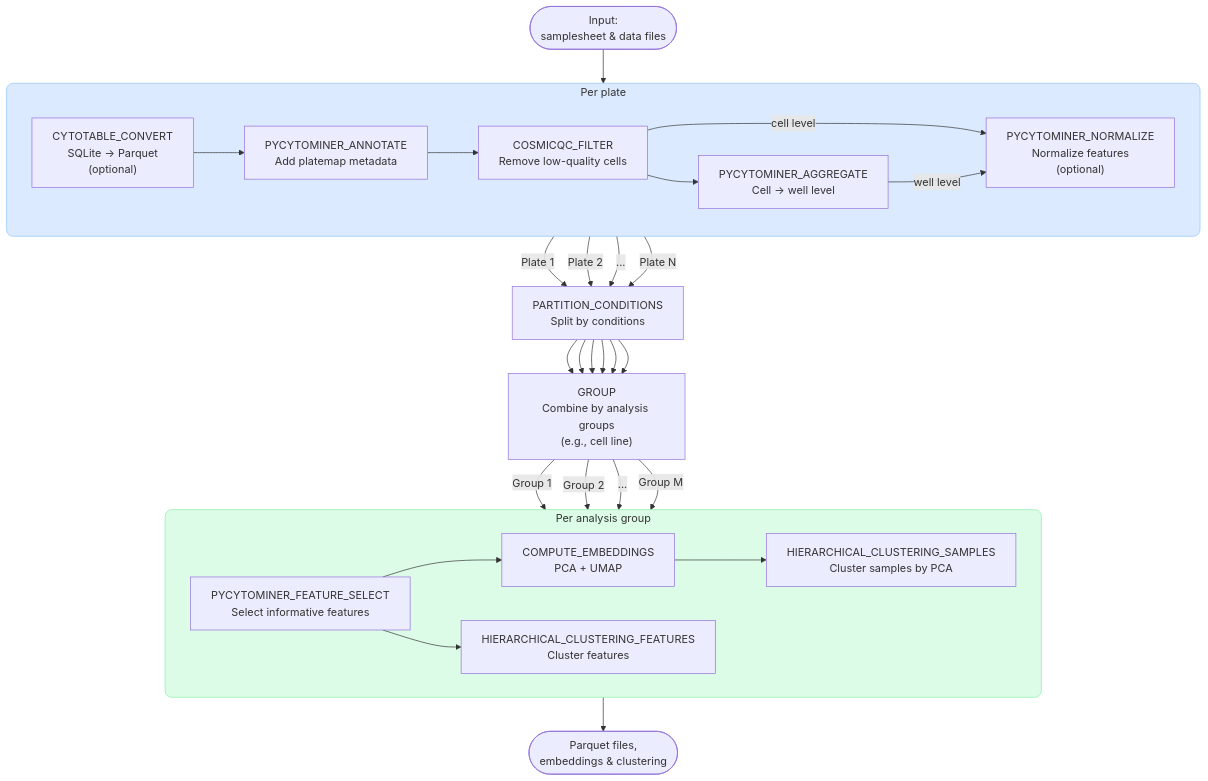
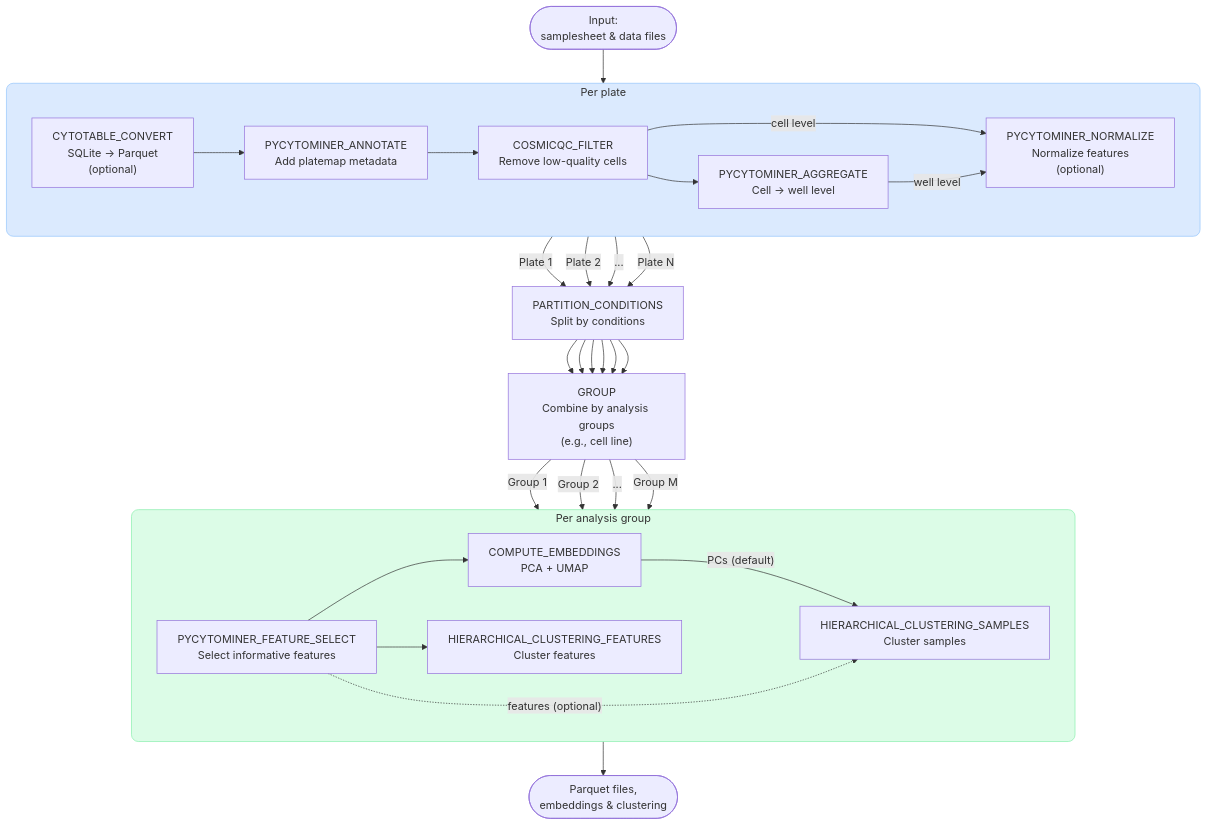
The diagram in README.md (AlexsLemonade/morphport), drawn with Mermaid before and after one commit. The commit also changed 1 other file, not shown here.

Commit message:
readme update

````diff
--- a/README.md
+++ b/README.md
@@ -22,52 +22,53 @@
 ```mermaid
 flowchart TD
     INPUT([Input:\nsamplesheet & data files])
 
     subgraph per_plate ["Per plate"]
         CYTOTABLE["CYTOTABLE_CONVERT\nSQLite → Parquet\n(optional)"]
         ANNOTATE[PYCYTOMINER_ANNOTATE\nAdd platemap metadata]
         FILTER[COSMICQC_FILTER\nRemove low-quality cells]
         AGGREGATE[PYCYTOMINER_AGGREGATE\nCell → well level]
         NORMALIZE["PYCYTOMINER_NORMALIZE\nNormalize features\n(optional)"]
 
         CYTOTABLE --> ANNOTATE
         ANNOTATE --> FILTER
         FILTER -->|cell level| NORMALIZE
         FILTER --> AGGREGATE
         AGGREGATE -->|well level| NORMALIZE
     end
 
     subgraph per_group ["Per analysis group"]
         FEATURE_SELECT[PYCYTOMINER_FEATURE_SELECT\nSelect informative features]
         EMBEDDINGS[COMPUTE_EMBEDDINGS\nPCA + UMAP]
-        CLUSTERING[HIERARCHICAL_CLUSTERING_SAMPLES\nCluster samples by PCA]
+        CLUSTERING[HIERARCHICAL_CLUSTERING_SAMPLES\nCluster samples]
         CLUSTER_FEATURES[HIERARCHICAL_CLUSTERING_FEATURES\nCluster features]
         FEATURE_SELECT --> EMBEDDINGS
-        EMBEDDINGS --> CLUSTERING
+        EMBEDDINGS -->|"PCs (default)"| CLUSTERING
+        FEATURE_SELECT -.->|"features (optional)"| CLUSTERING
         FEATURE_SELECT --> CLUSTER_FEATURES
     end
 
     style per_plate fill:#dbeafe,stroke:#93c5fd,rx:10,ry:10
     style per_group fill:#dcfce7,stroke:#86efac,rx:10,ry:10
 
     INPUT --> per_plate
 
     PARTITION["PARTITION_CONDITIONS\nSplit by conditions"]
     GROUP["GROUP\nCombine by analysis groups\n(e.g., cell line)"]
 
     per_plate -->|"Plate 1"| PARTITION
     per_plate -->|"Plate 2"| PARTITION
     per_plate -->|"..."| PARTITION
     per_plate -->|"Plate N"| PARTITION
     PARTITION --> GROUP
     PARTITION --> GROUP
     PARTITION --> GROUP
     PARTITION --> GROUP
     PARTITION --> GROUP
     PARTITION --> GROUP
     GROUP -->|"Group 1"| per_group
     GROUP -->|"Group 2"| per_group
     GROUP -->|"..."| per_group
     GROUP -->|"Group M"| per_group
     per_group --> OUTPUT([Parquet files,\nembeddings & clustering])
 ```
````
